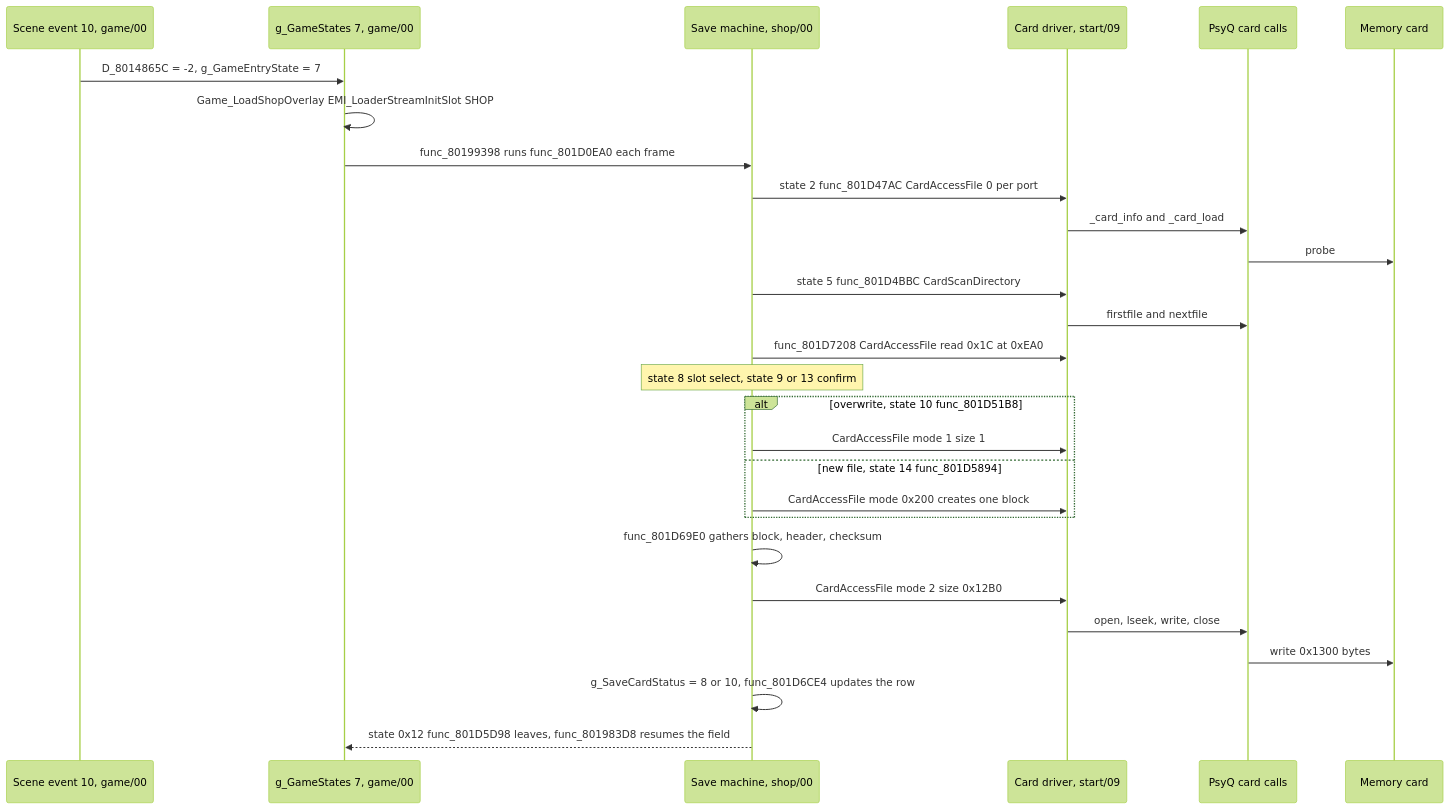
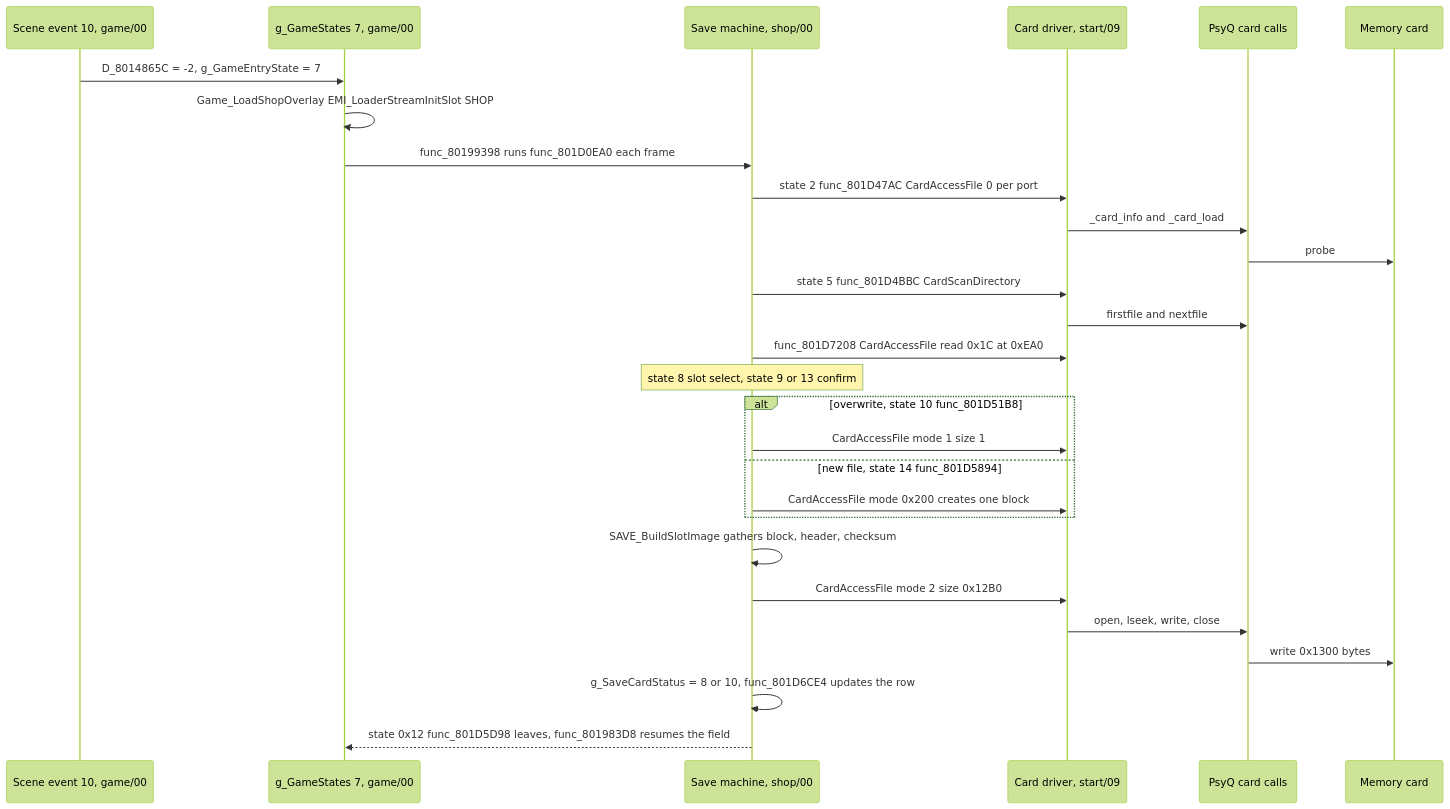
Before and after one commit to kerokline/bof3-wiki: the first of 2 diagrams in src/game/architecture/saving.md, drawn with Mermaid (forest theme). The commit also changed other lines of this file, not shown here.

Commit message:
docs(wiki): rewrite saving and loading as a player flow, correct free-block count

````diff
--- a/src/game/architecture/saving.md
+++ b/src/game/architecture/saving.md
@@ -98,31 +27,31 @@
 ```mermaid
 sequenceDiagram
     participant Ev as Scene event 10, game/00
     participant Main as g_GameStates 7, game/00
     participant Sav as Save machine, shop/00
     participant Drv as Card driver, start/09
     participant Bios as PsyQ card calls
     participant Card as Memory card
 
     Ev->>Main: D_8014865C = -2, g_GameEntryState = 7
     Main->>Main: Game_LoadShopOverlay EMI_LoaderStreamInitSlot SHOP
     Main->>Sav: func_80199398 runs func_801D0EA0 each frame
     Sav->>Drv: state 2 func_801D47AC CardAccessFile 0 per port
     Drv->>Bios: _card_info and _card_load
     Bios->>Card: probe
     Sav->>Drv: state 5 func_801D4BBC CardScanDirectory
     Drv->>Bios: firstfile and nextfile
     Sav->>Drv: func_801D7208 CardAccessFile read 0x1C at 0xEA0
     Note over Sav: state 8 slot select, state 9 or 13 confirm
     alt overwrite, state 10 func_801D51B8
         Sav->>Drv: CardAccessFile mode 1 size 1
     else new file, state 14 func_801D5894
         Sav->>Drv: CardAccessFile mode 0x200 creates one block
     end
-    Sav->>Sav: func_801D69E0 gathers block, header, checksum
+    Sav->>Sav: SAVE_BuildSlotImage gathers block, header, checksum
     Sav->>Drv: CardAccessFile mode 2 size 0x12B0
     Drv->>Bios: open, lseek, write, close
     Bios->>Card: write 0x1300 bytes
     Sav->>Sav: g_SaveCardStatus = 8 or 10, func_801D6CE4 updates the row
     Sav-->>Main: state 0x12 func_801D5D98 leaves, func_801983D8 resumes the field
 ```
````
